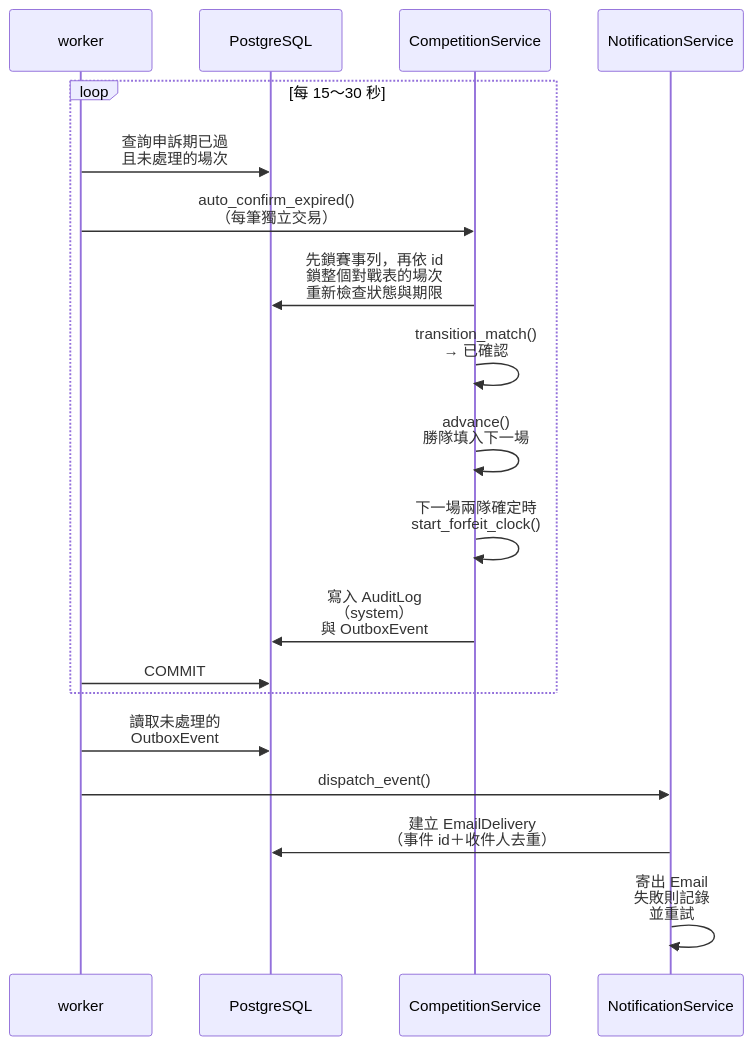
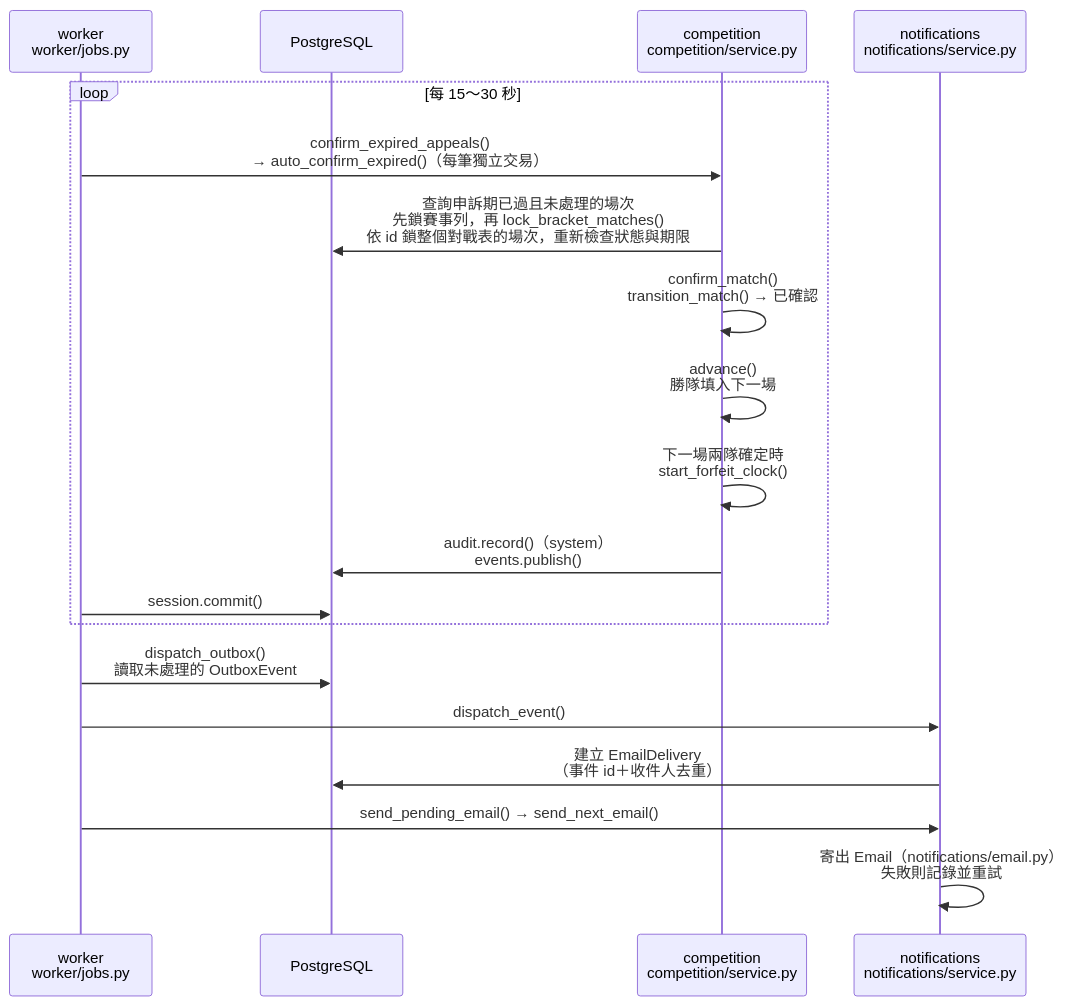
The fifth of 6 diagrams in docs/midterm/C-軟體設計文件.md (Team14good/esport-platform), drawn with Mermaid before and after one commit. The commit also changed other lines of this file and 27 other files, not shown here.

First line of the commit message:
docs: B、C、D 其餘的圖全部對照程式標註

````diff
--- a/docs/midterm/C-軟體設計文件.md
+++ b/docs/midterm/C-軟體設計文件.md
@@ -255,21 +258,21 @@
 ```mermaid
 sequenceDiagram
-  participant W as worker
+  participant W as worker<br/>worker/jobs.py
   participant DB as PostgreSQL
-  participant C as CompetitionService
-  participant N as NotificationService
+  participant C as competition<br/>competition/service.py
+  participant N as notifications<br/>notifications/service.py
   loop 每 15～30 秒
-    W->>DB: 查詢申訴期已過<br/>且未處理的場次
-    W->>C: auto_confirm_expired()<br/>（每筆獨立交易）
-    C->>DB: 先鎖賽事列，再依 id<br/>鎖整個對戰表的場次<br/>重新檢查狀態與期限
-    C->>C: transition_match()<br/>→ 已確認
+    W->>C: confirm_expired_appeals()<br/>→ auto_confirm_expired()（每筆獨立交易）
+    C->>DB: 查詢申訴期已過且未處理的場次<br/>先鎖賽事列，再 lock_bracket_matches()<br/>依 id 鎖整個對戰表的場次，重新檢查狀態與期限
+    C->>C: confirm_match()<br/>transition_match() → 已確認
     C->>C: advance()<br/>勝隊填入下一場
     C->>C: 下一場兩隊確定時<br/>start_forfeit_clock()
-    C->>DB: 寫入 AuditLog<br/>（system）<br/>與 OutboxEvent
-    W->>DB: COMMIT
+    C->>DB: audit.record()（system）<br/>events.publish()
+    W->>DB: session.commit()
   end
-  W->>DB: 讀取未處理的<br/>OutboxEvent
+  W->>DB: dispatch_outbox()<br/>讀取未處理的 OutboxEvent
   W->>N: dispatch_event()
   N->>DB: 建立 EmailDelivery<br/>（事件 id＋收件人去重）
-  N->>N: 寄出 Email<br/>失敗則記錄<br/>並重試
+  W->>N: send_pending_email() → send_next_email()
+  N->>N: 寄出 Email（notifications/email.py）<br/>失敗則記錄並重試
 ```
````
